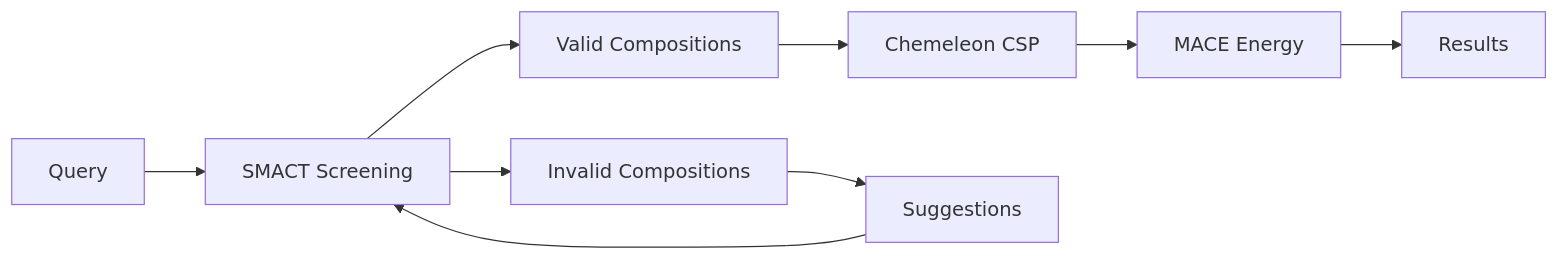
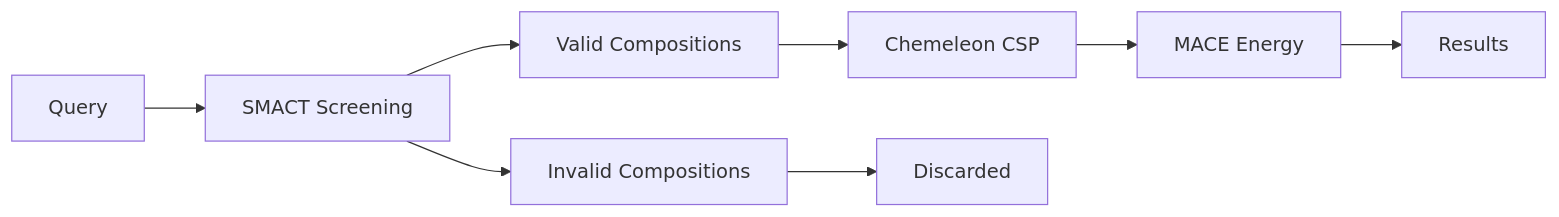
One commit to ryannduma/CrystaLyse.AI changed the diagram in docs/tools/smact.md. Above: the diagram before and after it, drawn with Mermaid. The commit also changed other lines of this file and 28 other files, not shown here.

````diff
--- a/docs/tools/smact.md
+++ b/docs/tools/smact.md
@@ -222,12 +305,11 @@
 ```mermaid
 graph LR
     A[Query] --> B[SMACT Screening]
     B --> C[Valid Compositions]
     C --> D[Chemeleon CSP]
     D --> E[MACE Energy]
     E --> F[Results]
-    
+
     B --> G[Invalid Compositions]
-    G --> H[Suggestions]
-    H --> B
+    G --> H[Discarded]
 ```
````
